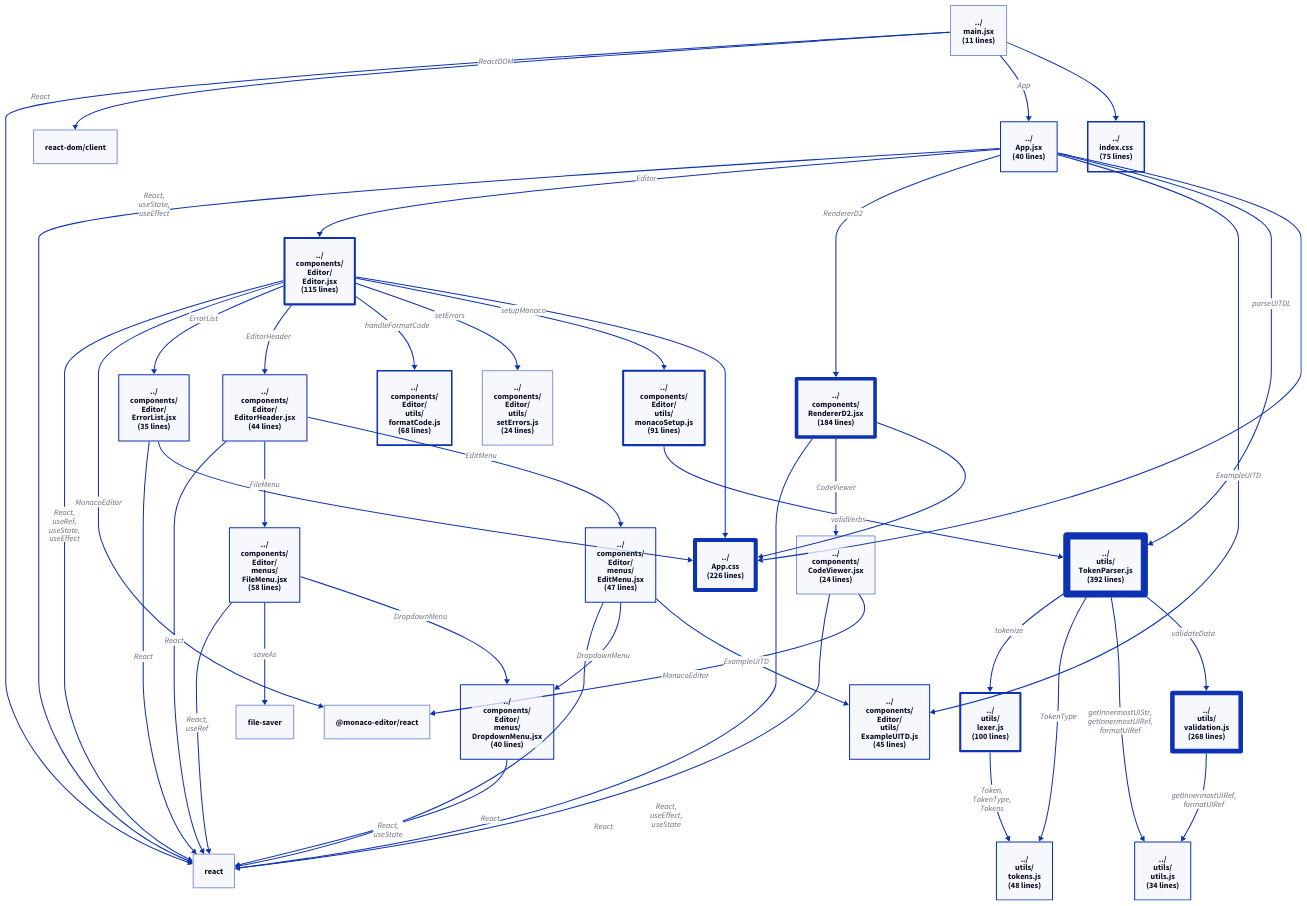
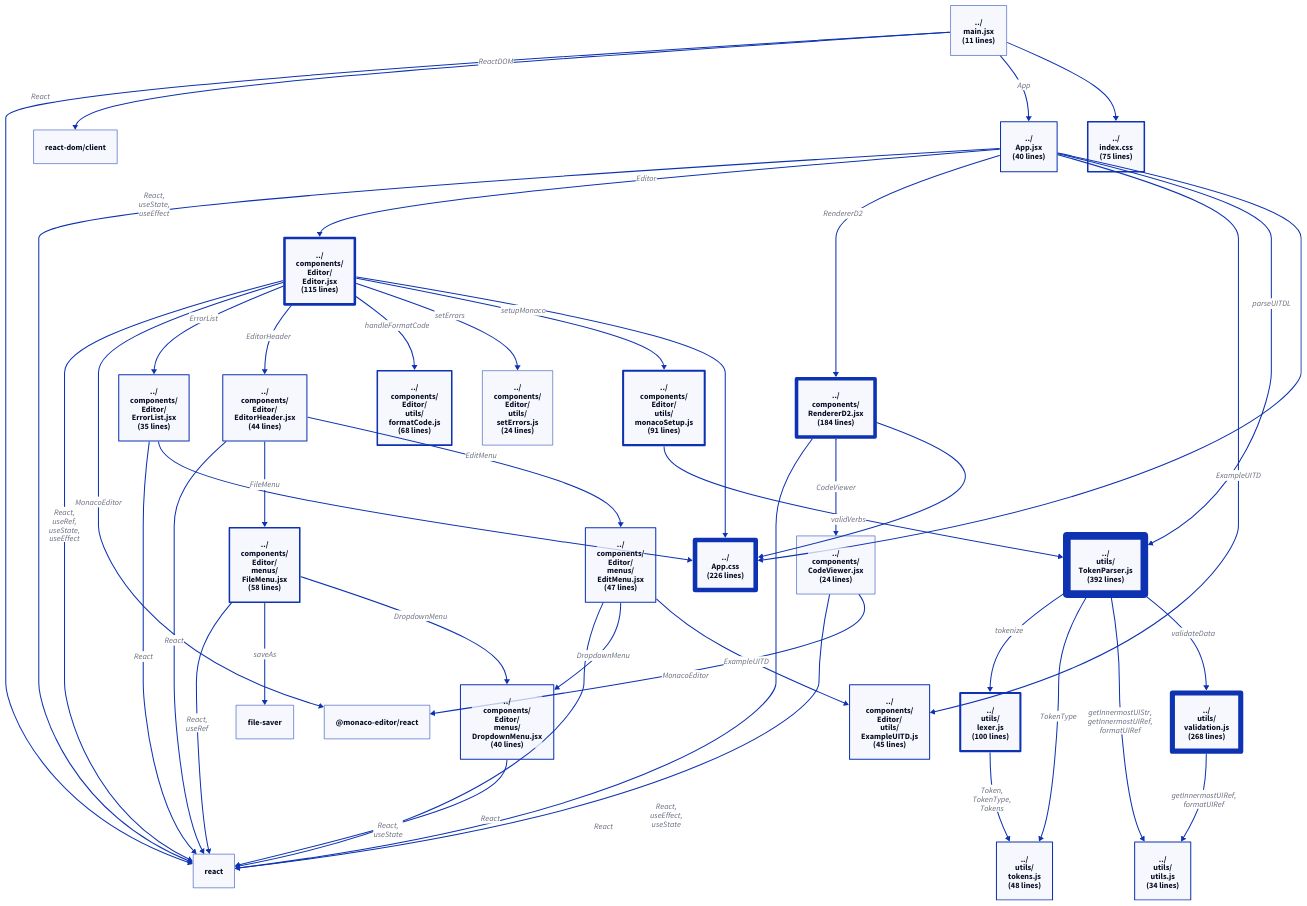
The diagram in react_app_architecture.d2 (JorgeCervantesOjeda/uitd-language), drawn with D2 before and after one commit. The commit also changed 1 other file, not shown here.

Commit message:
Architecture w proportional stroke width

```diff
--- a/react_app_architecture.d2
+++ b/react_app_architecture.d2
@@ -1,68 +1,68 @@
 direction: down
-app_css: "../\nApp.css\n(226 lines)" { style: { stroke-width: 8 } }
+app_css: "../\nApp.css\n(226 lines)" { style: { stroke-width: 9 } }
 app_jsx: "../\nApp.jsx\n(40 lines)" { style: { stroke-width: 2 } }
 components_codeviewer_jsx: "../\ncomponents/\nCodeViewer.jsx\n(24 lines)" { style: { stroke-width: 1 } }
-components_editor_editor_jsx: "../\ncomponents/\nEditor/\nEditor.jsx\n(115 lines)" { style: { stroke-width: 4 } }
+components_editor_editor_jsx: "../\ncomponents/\nEditor/\nEditor.jsx\n(115 lines)" { style: { stroke-width: 5 } }
 components_editor_editorheader_jsx: "../\ncomponents/\nEditor/\nEditorHeader.jsx\n(44 lines)" { style: { stroke-width: 2 } }
 components_editor_errorlist_jsx: "../\ncomponents/\nEditor/\nErrorList.jsx\n(35 lines)" { style: { stroke-width: 2 } }
 components_editor_menus_dropdownmenu_jsx: "../\ncomponents/\nEditor/\nmenus/\nDropdownMenu.jsx\n(40 lines)" { style: { stroke-width: 2 } }
 components_editor_menus_editmenu_jsx: "../\ncomponents/\nEditor/\nmenus/\nEditMenu.jsx\n(47 lines)" { style: { stroke-width: 2 } }
-components_editor_menus_filemenu_jsx: "../\ncomponents/\nEditor/\nmenus/\nFileMenu.jsx\n(58 lines)" { style: { stroke-width: 2 } }
+components_editor_menus_filemenu_jsx: "../\ncomponents/\nEditor/\nmenus/\nFileMenu.jsx\n(58 lines)" { style: { stroke-width: 3 } }
 components_editor_utils_exampleuitd_js: "../\ncomponents/\nEditor/\nutils/\nExampleUITD.js\n(45 lines)" { style: { stroke-width: 2 } }
 components_editor_utils_formatcode_js: "../\ncomponents/\nEditor/\nutils/\nformatCode.js\n(68 lines)" { style: { stroke-width: 3 } }
 components_editor_utils_monacosetup_js: "../\ncomponents/\nEditor/\nutils/\nmonacoSetup.js\n(91 lines)" { style: { stroke-width: 4 } }
 components_editor_utils_seterrors_js: "../\ncomponents/\nEditor/\nutils/\nsetErrors.js\n(24 lines)" { style: { stroke-width: 1 } }
 components_rendererd2_jsx: "../\ncomponents/\nRendererD2.jsx\n(184 lines)" { style: { stroke-width: 7 } }
 index_css: "../\nindex.css\n(75 lines)" { style: { stroke-width: 3 } }
 main_jsx: "../\nmain.jsx\n(11 lines)" { style: { stroke-width: 1 } }
 utils_lexer_js: "../\nutils/\nlexer.js\n(100 lines)" { style: { stroke-width: 4 } }
-utils_tokenparser_js: "../\nutils/\nTokenParser.js\n(392 lines)" { style: { stroke-width: 14 } }
+utils_tokenparser_js: "../\nutils/\nTokenParser.js\n(392 lines)" { style: { stroke-width: 15 } }
 utils_tokens_js: "../\nutils/\ntokens.js\n(48 lines)" { style: { stroke-width: 2 } }
 utils_utils_js: "../\nutils/\nutils.js\n(34 lines)" { style: { stroke-width: 2 } }
-utils_validation_js: "../\nutils/\nvalidation.js\n(268 lines)" { style: { stroke-width: 9 } }
+utils_validation_js: "../\nutils/\nvalidation.js\n(268 lines)" { style: { stroke-width: 10 } }
 react: "react" { style: { stroke-width: 1 } }
 _monaco_editor_react: "@monaco-editor/react" { style: { stroke-width: 1 } }
 file_saver: "file-saver" { style: { stroke-width: 1 } }
 react_dom_client: "react-dom/client" { style: { stroke-width: 1 } }
 app_jsx -> react: "React,\nuseState,\nuseEffect"
 app_jsx -> components_editor_editor_jsx: "Editor"
 app_jsx -> components_rendererd2_jsx: "RendererD2"
 app_jsx -> components_editor_utils_exampleuitd_js: "ExampleUITD"
 app_jsx -> utils_tokenparser_js: "parseUITDL"
 app_jsx -> app_css
 components_codeviewer_jsx -> react: "React"
 components_codeviewer_jsx -> _monaco_editor_react: "MonacoEditor"
 components_editor_editor_jsx -> react: "React,\nuseRef,\nuseState,\nuseEffect"
 components_editor_editor_jsx -> _monaco_editor_react: "MonacoEditor"
 components_editor_editor_jsx -> components_editor_errorlist_jsx: "ErrorList"
 components_editor_editor_jsx -> components_editor_editorheader_jsx: "EditorHeader"
 components_editor_editor_jsx -> components_editor_utils_formatcode_js: "handleFormatCode"
 components_editor_editor_jsx -> components_editor_utils_seterrors_js: "setErrors"
 components_editor_editor_jsx -> components_editor_utils_monacosetup_js: "setupMonaco"
 components_editor_editor_jsx -> app_css
 components_editor_editorheader_jsx -> react: "React"
 components_editor_editorheader_jsx -> components_editor_menus_filemenu_jsx: "FileMenu"
 components_editor_editorheader_jsx -> components_editor_menus_editmenu_jsx: "EditMenu"
 components_editor_errorlist_jsx -> react: "React"
 components_editor_errorlist_jsx -> app_css
 components_editor_menus_dropdownmenu_jsx -> react: "React,\nuseState"
 components_editor_menus_editmenu_jsx -> react: "React"
 components_editor_menus_editmenu_jsx -> components_editor_menus_dropdownmenu_jsx: "DropdownMenu"
 components_editor_menus_editmenu_jsx -> components_editor_utils_exampleuitd_js: "ExampleUITD"
 components_editor_menus_filemenu_jsx -> react: "React,\nuseRef"
 components_editor_menus_filemenu_jsx -> file_saver: "saveAs"
 components_editor_menus_filemenu_jsx -> components_editor_menus_dropdownmenu_jsx: "DropdownMenu"
 components_editor_utils_monacosetup_js -> utils_tokenparser_js: "validVerbs"
 components_rendererd2_jsx -> react: "React,\nuseEffect,\nuseState"
 components_rendererd2_jsx -> components_codeviewer_jsx: "CodeViewer"
 components_rendererd2_jsx -> app_css
 main_jsx -> react: "React"
 main_jsx -> react_dom_client: "ReactDOM"
 main_jsx -> app_jsx: "App"
 main_jsx -> index_css
 utils_lexer_js -> utils_tokens_js: "Token,\nTokenType,\nTokens"
 utils_tokenparser_js -> utils_lexer_js: "tokenize"
 utils_tokenparser_js -> utils_tokens_js: "TokenType"
 utils_tokenparser_js -> utils_utils_js: "getInnermostUIStr,\ngetInnermostUIRef,\nformatUIRef"
 utils_tokenparser_js -> utils_validation_js: "validateData"
 utils_validation_js -> utils_utils_js: "getInnermostUIRef,\nformatUIRef"
```
